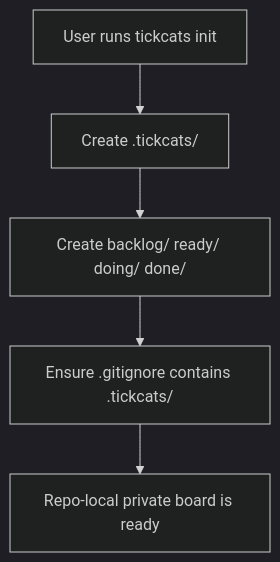
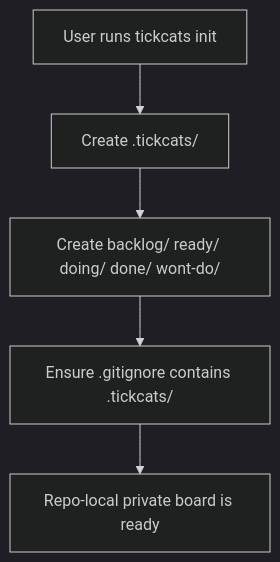
Before and after one commit to dawidsok/tickcats: the first of 6 diagrams in docs/user-flows.md, drawn with Mermaid (dark theme). The commit also changed other lines of this file and 10 other files, not shown here.

````diff
--- a/docs/user-flows.md
+++ b/docs/user-flows.md
@@ -7,7 +7,7 @@
 ```mermaid
 flowchart TD
     A["User runs tickcats init"] --> B["Create .tickcats/"]
-    B --> C["Create backlog/ ready/ doing/ done/"]
+    B --> C["Create backlog/ ready/ doing/ done/ wont-do/"]
     C --> D["Ensure .gitignore contains .tickcats/"]
     D --> E["Repo-local private board is ready"]
 ```
````
